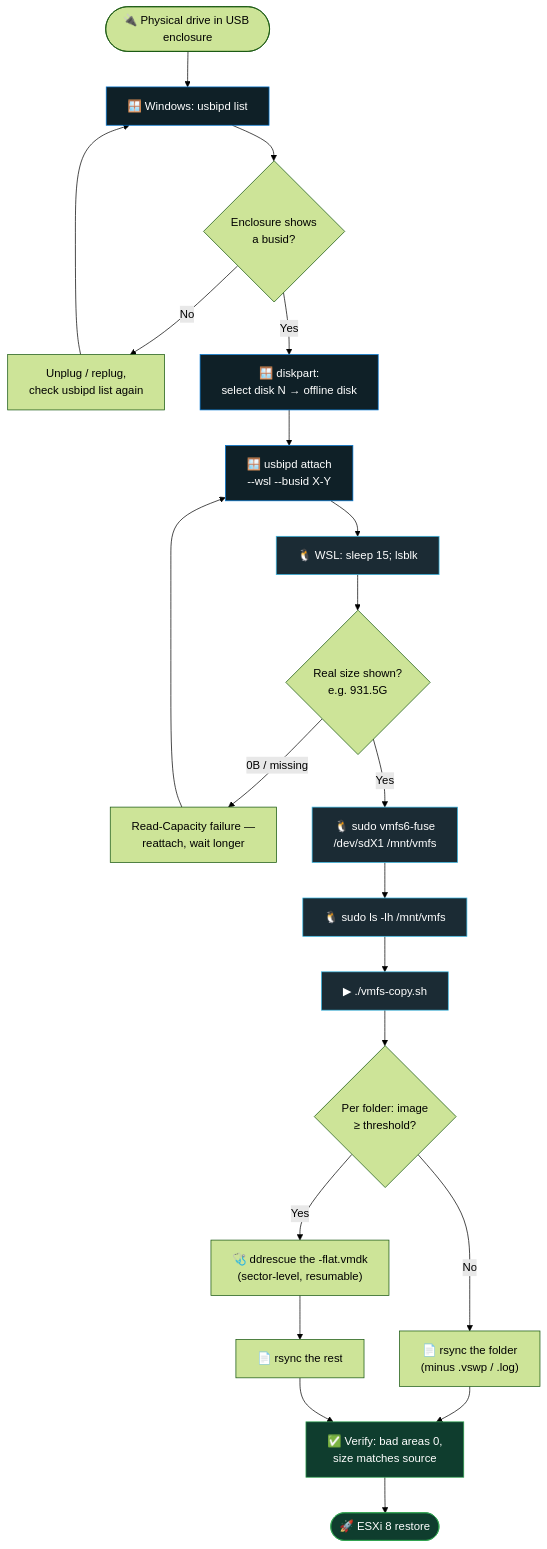
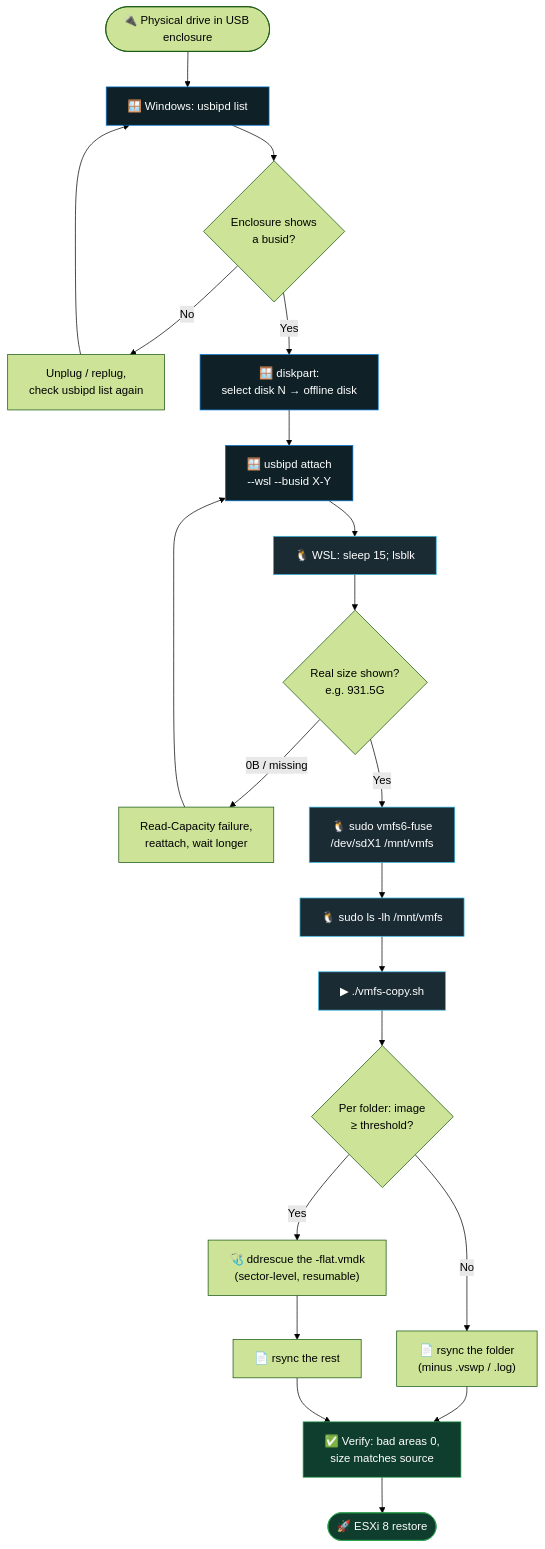
Before and after one commit to aniksarakash/VFMS_Recovery: the first of 4 diagrams in README.md, drawn with Mermaid (forest theme). The commit also changed other lines of this file and 4 other files, not shown here.

````diff
--- a/README.md
+++ b/README.md
@@ -148,26 +150,26 @@
 ```mermaid
 flowchart TD
     A(["🔌 Physical drive in USB enclosure"]) --> B["🪟 Windows: usbipd list"]
     B --> C{"Enclosure shows<br/>a busid?"}
     C -- No --> C1["Unplug / replug,<br/>check usbipd list again"] --> B
     C -- Yes --> D["🪟 diskpart:<br/>select disk N → offline disk"]
     D --> E["🪟 usbipd attach<br/>--wsl --busid X-Y"]
     E --> F["🐧 WSL: sleep 15; lsblk"]
     F --> G{"Real size shown?<br/>e.g. 931.5G"}
-    G -- "0B / missing" --> G1["Read-Capacity failure —<br/>reattach, wait longer"] --> E
+    G -- "0B / missing" --> G1["Read-Capacity failure,<br/>reattach, wait longer"] --> E
     G -- Yes --> H["🐧 sudo vmfs6-fuse<br/>/dev/sdX1 /mnt/vmfs"]
     H --> J["🐧 sudo ls -lh /mnt/vmfs"]
     J --> K["▶ ./vmfs-copy.sh"]
     K --> L{"Per folder: image<br/>≥ threshold?"}
     L -- Yes --> M["🩺 ddrescue the -flat.vmdk<br/>(sector-level, resumable)"]
     L -- No --> N["📄 rsync the folder<br/>(minus .vswp / .log)"]
     M --> N2["📄 rsync the rest"]
     N --> O["✅ Verify: bad areas 0,<br/>size matches source"]
     N2 --> O
     O --> P(["🚀 ESXi 8 restore"])
 
     classDef win fill:#0F2027,stroke:#0078D6,color:#fff;
     classDef nix fill:#1b2b34,stroke:#39BAE6,color:#fff;
     classDef ok  fill:#0f3d2e,stroke:#2ea44f,color:#fff;
     class B,D,E win; class F,H,J,K nix; class O,P ok;
 ```
````
